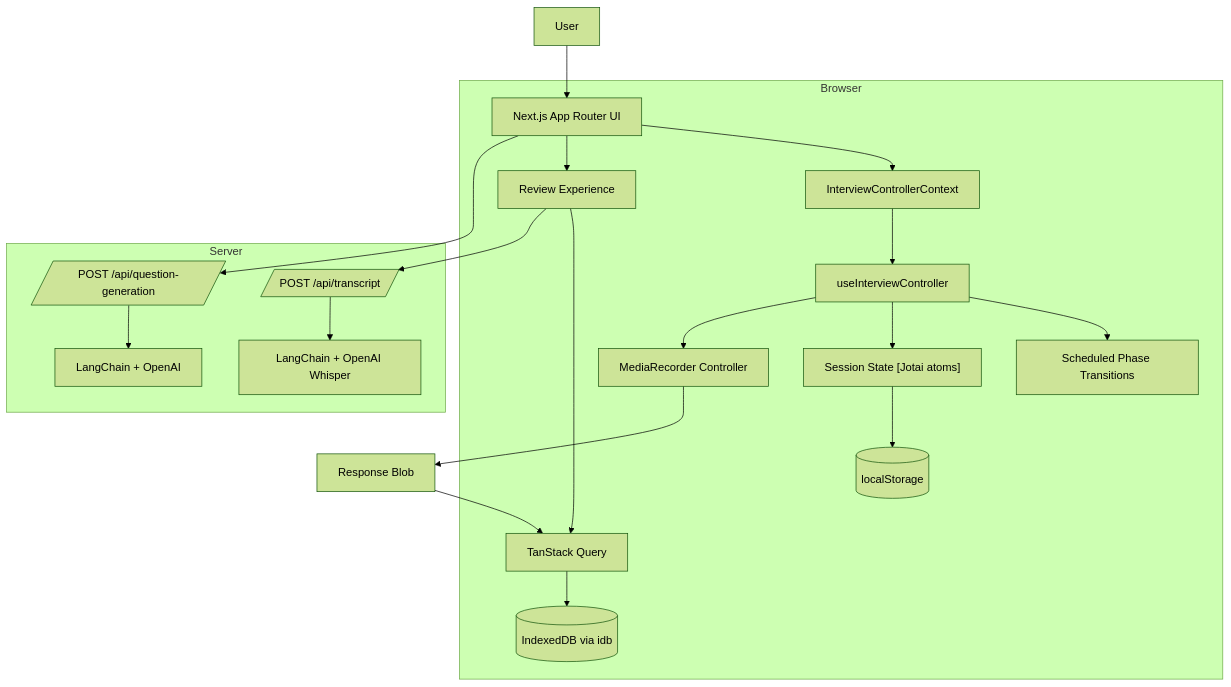
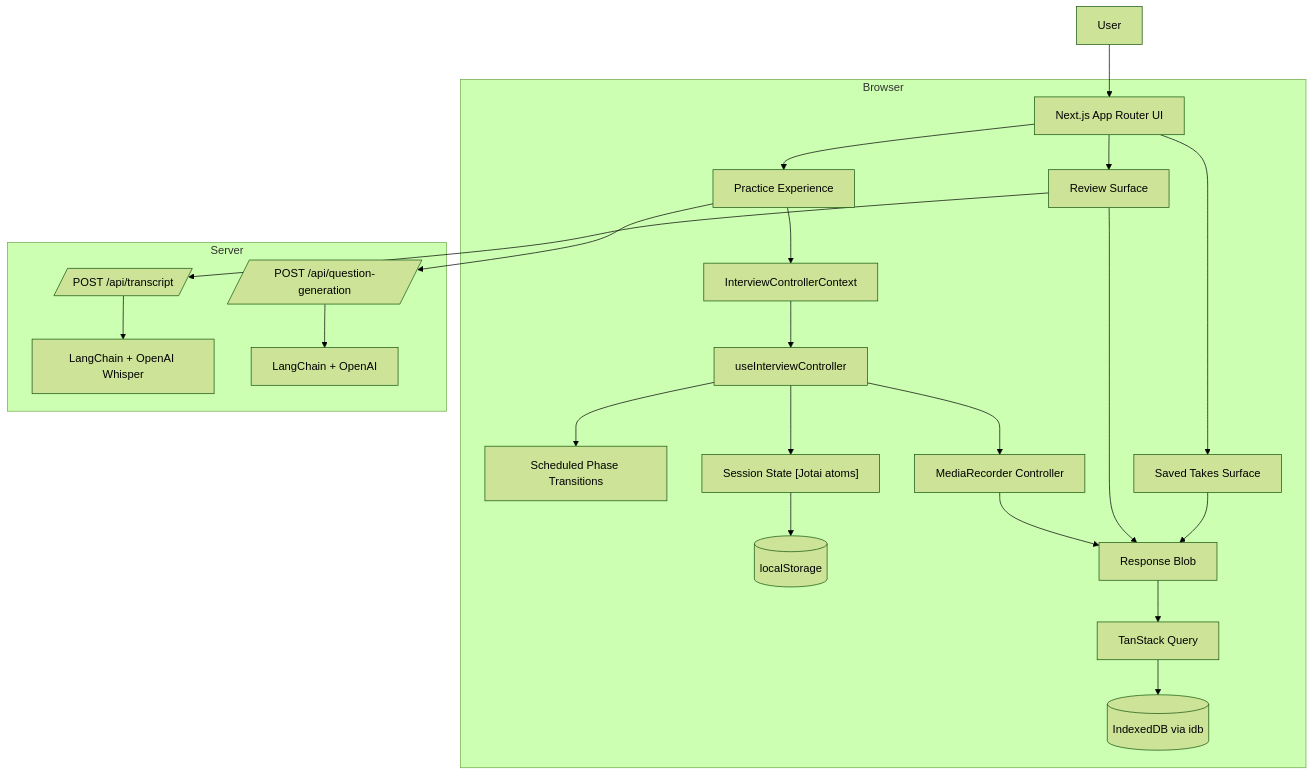
Before and after one commit to jonahsol/pulse: the diagram in README.md, drawn with Mermaid (forest theme).

Commit message:
Minor README.md updates

````diff
--- a/README.md
+++ b/README.md
@@ -17,42 +17,49 @@
 ```mermaid
 flowchart TD
   User[User] --> UI[Next.js App Router UI]
-  UI --> Context[InterviewControllerContext]
+  UI --> Practice[Practice Experience]
+  Practice --> Context[InterviewControllerContext]
   Context --> Controller[useInterviewController]
   Controller --> Timer[Scheduled Phase Transitions]
   Controller --> SessionState["Session State [Jotai atoms]"]
   Controller --> Media[MediaRecorder Controller]
 
   SessionState --> LocalStorage[(localStorage)]
   Media --> Blob[Response Blob]
   Blob --> Query[TanStack Query]
   Query --> IDB[(IndexedDB via idb)]
 
-  UI --> Review[Review Experience]
-  Review --> Query
+  UI --> Review[Review Surface]
+  Review --> Blob
   Review --> TranscriptAPI[/POST /api/transcript/]
   TranscriptAPI --> Whisper[LangChain + OpenAI Whisper]
 
-  UI --> QuestionsAPI[/POST /api/question-generation/]
+  UI --> SavedTakes[Saved Takes Surface]
+  SavedTakes --> Blob
+
+  Practice --> QuestionsAPI[/POST /api/question-generation/]
   QuestionsAPI --> LLM[LangChain + OpenAI]
 
   subgraph Browser
     UI
     Context
     Controller
     Timer
     SessionState
     Media
     Query
     LocalStorage
     IDB
     Review
+    Practice
+    SavedTakes
+    Blob
   end
 
   subgraph Server
     TranscriptAPI
     QuestionsAPI
     Whisper
     LLM
   end
 ```
````
